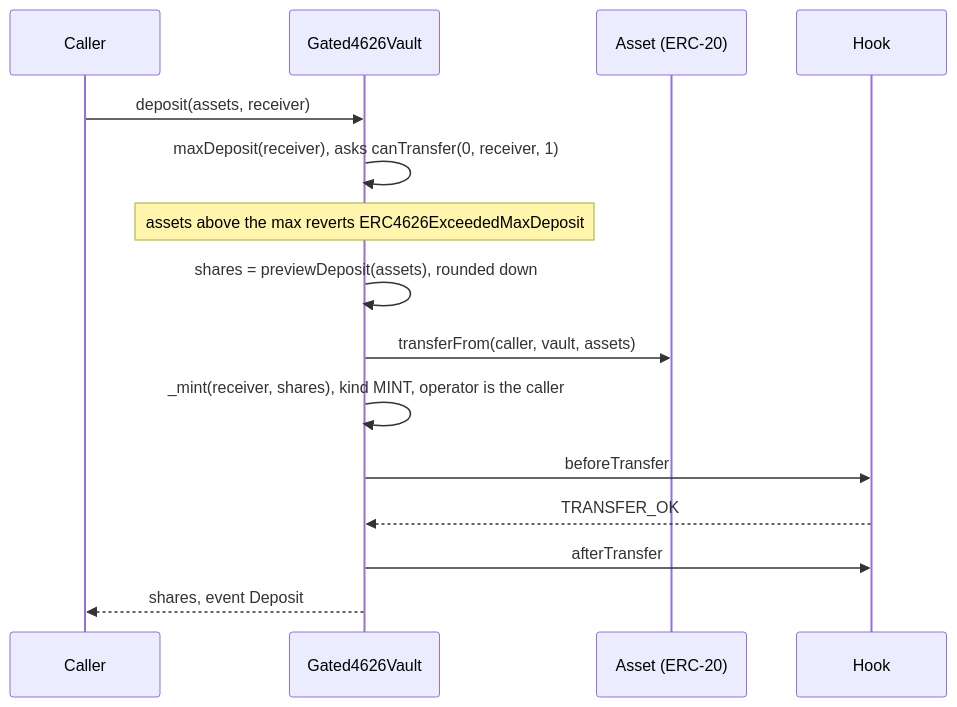
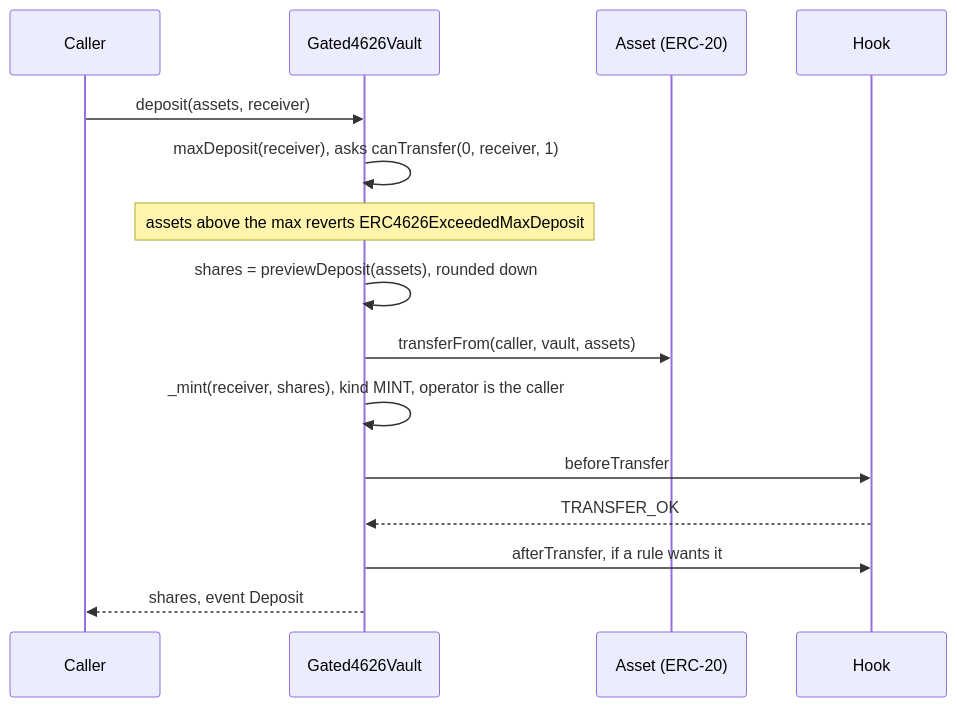
One commit to fepvenancio/rwa-token changed the first of 6 diagrams in docs/flows-vaults.md. Above: the diagram before and after it, drawn with Mermaid. The commit also changed other lines of this file and 7 other files, not shown here.

````diff
--- a/docs/flows-vaults.md
+++ b/docs/flows-vaults.md
@@ -18,17 +18,17 @@
 ```mermaid
 sequenceDiagram
   participant U as Caller
   participant V as Gated4626Vault
   participant A as Asset (ERC-20)
   participant H as Hook
   U->>V: deposit(assets, receiver)
   V->>V: maxDeposit(receiver), asks canTransfer(0, receiver, 1)
   Note over V: assets above the max reverts ERC4626ExceededMaxDeposit
   V->>V: shares = previewDeposit(assets), rounded down
   V->>A: transferFrom(caller, vault, assets)
   V->>V: _mint(receiver, shares), kind MINT, operator is the caller
   V->>H: beforeTransfer
   H-->>V: TRANSFER_OK
-  V->>H: afterTransfer
+  V->>H: afterTransfer, if a rule wants it
   V-->>U: shares, event Deposit
 ```
````
